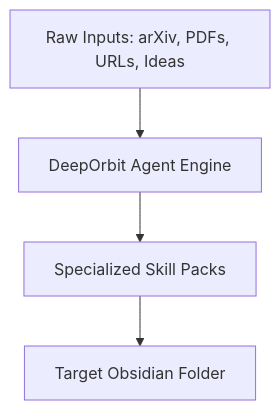
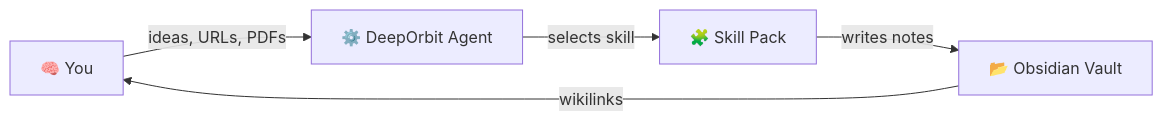
Before and after one commit to dull-bird/DeepOrbit: the first of 6 diagrams in README.md, drawn with Mermaid. The commit also changed other lines of this file, not shown here.

Commit message:
refactor: restructure README to simplify the introduction, add a quick start guide, and detail the vault structure.

````diff
--- a/README.md
+++ b/README.md
@@ -25,6 +18,7 @@
 ```mermaid
-graph TD
-    A[Raw Inputs: arXiv, PDFs, URLs, Ideas] --> B[DeepOrbit Agent Engine]
-    B --> C[Specialized Skill Packs]
-    C --> D[Target Obsidian Folder]
+flowchart LR
+    A["🧠 You"] -->|ideas, URLs, PDFs| B["⚙️ DeepOrbit Agent"]
+    B -->|selects skill| C["🧩 Skill Pack"]
+    C -->|writes notes| D["📂 Obsidian Vault"]
+    D -->|wikilinks| A
 ```
````
